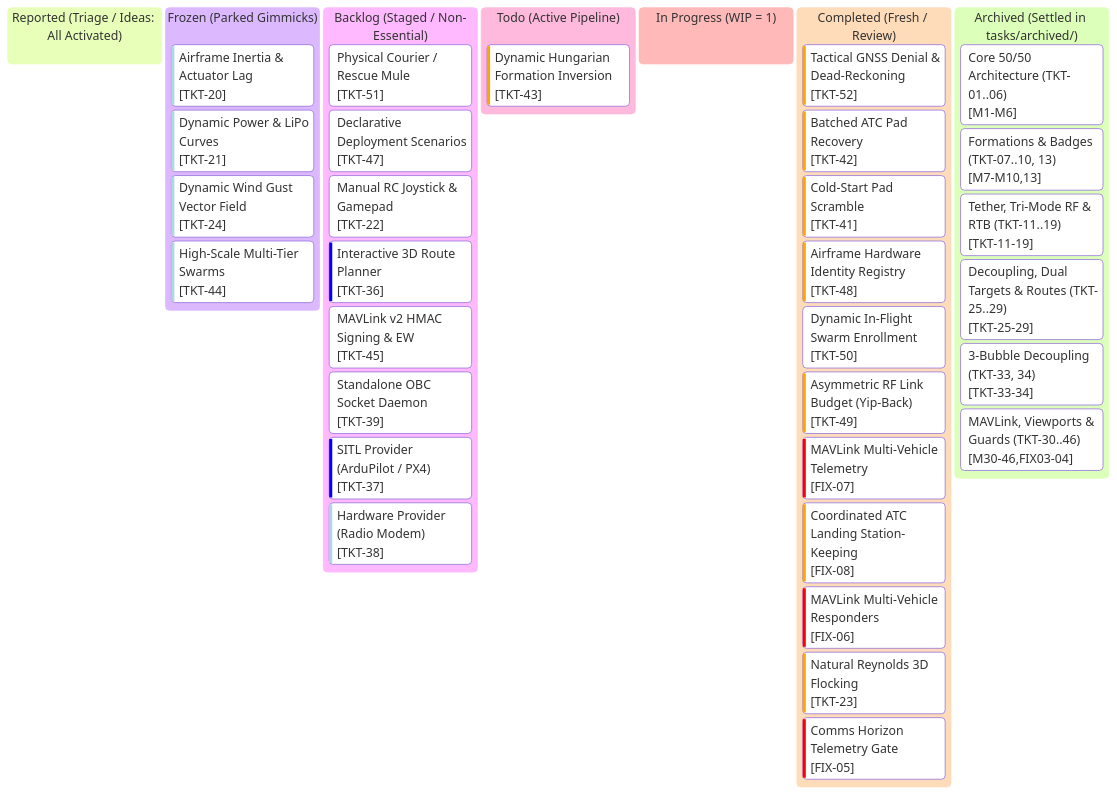
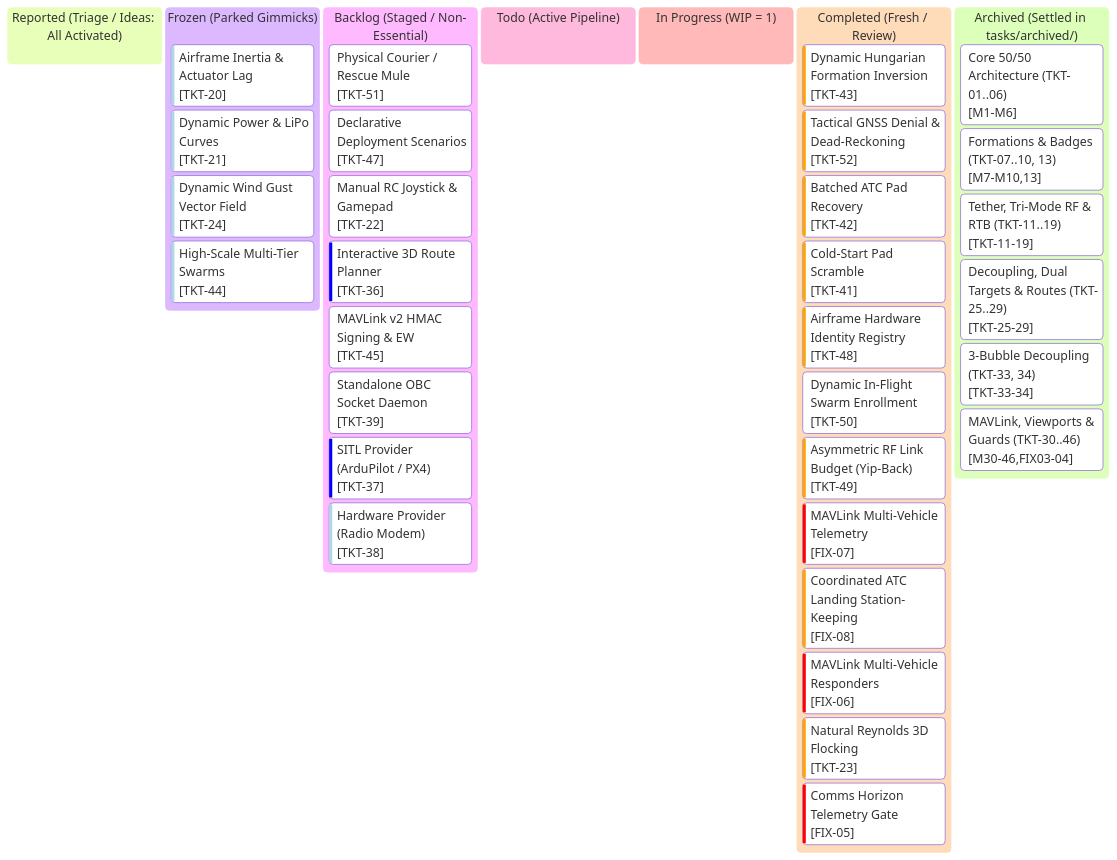
One commit to AlitheiaDeus/SwarmTech_v3-Uprising changed the diagram in kanban.md. Above: the diagram before and after it, drawn with Mermaid. The commit also changed other lines of this file and 5 other files, not shown here.

Commit message:
feat(brains): implement dynamic Hungarian formation inversion and U-turn slot flipping [TKT-43]

````diff
--- a/kanban.md
+++ b/kanban.md
@@ -10,60 +10,60 @@
 ```mermaid
 %%{init: {
   'theme': 'base',
   'themeVariables': {
     'primaryColor': '#0d2235',
     'primaryTextColor': '#d4f4ff',
     'primaryBorderColor': '#00f0ff',
     'lineColor': '#00f0ff',
     'background': '#061019',
     'mainBkg': '#0a1926',
     'secondaryColor': '#081420',
     'secondaryTextColor': '#5a7e96',
     'secondaryBorderColor': '#134e6f',
     'tertiaryColor': '#0e263d',
     'tertiaryTextColor': '#00ffaa',
     'tertiaryBorderColor': '#00ffaa',
     'clusterBkg': '#081420',
     'clusterBorder': '#134e6f',
     'fontFamily': "'JetBrains Mono', 'Courier New', monospace"
   }
 }}%%
 kanban
   reported["Reported (Triage / Ideas: All Activated)"]
   frozen["Frozen (Parked Gimmicks)"]
     tkt20["Airframe Inertia & Actuator Lag"]@{ ticket: '[TKT-20]', priority: 'Very Low' }
     tkt21["Dynamic Power & LiPo Curves"]@{ ticket: '[TKT-21]', priority: 'Very Low' }
     tkt24["Dynamic Wind Gust Vector Field"]@{ ticket: '[TKT-24]', priority: 'Very Low' }
     tkt44["High-Scale Multi-Tier Swarms"]@{ ticket: '[TKT-44]', priority: 'Very Low' }
   backlog["Backlog (Staged / Non-Essential)"]
     tkt51["Physical Courier / Rescue Mule"]@{ ticket: '[TKT-51]', priority: 'Medium' }
     tkt47["Declarative Deployment Scenarios"]@{ ticket: '[TKT-47]', priority: 'Medium' }
     tkt22["Manual RC Joystick & Gamepad"]@{ ticket: '[TKT-22]', priority: 'Medium' }
     tkt36["Interactive 3D Route Planner"]@{ ticket: '[TKT-36]', priority: 'Low' }
     tkt45["MAVLink v2 HMAC Signing & EW"]@{ ticket: '[TKT-45]', priority: 'Medium' }
     tkt39["Standalone OBC Socket Daemon"]@{ ticket: '[TKT-39]', priority: 'Medium' }
     tkt37["SITL Provider (ArduPilot / PX4)"]@{ ticket: '[TKT-37]', priority: 'Low' }
     tkt38["Hardware Provider (Radio Modem)"]@{ ticket: '[TKT-38]', priority: 'Very Low' }
   todo["Todo (Active Pipeline)"]
-    tkt43["Dynamic Hungarian Formation Inversion"]@{ ticket: '[TKT-43]', priority: 'High' }
   in_progress["In Progress (WIP = 1)"]
   completed["Completed (Fresh / Review)"]
+    tkt43["Dynamic Hungarian Formation Inversion"]@{ ticket: '[TKT-43]', priority: 'High' }
     tkt52["Tactical GNSS Denial & Dead-Reckoning"]@{ ticket: '[TKT-52]', priority: 'High' }
     tkt42["Batched ATC Pad Recovery"]@{ ticket: '[TKT-42]', priority: 'High' }
     tkt41["Cold-Start Pad Scramble"]@{ ticket: '[TKT-41]', priority: 'High' }
     tkt48["Airframe Hardware Identity Registry"]@{ ticket: '[TKT-48]', priority: 'High' }
     tkt50["Dynamic In-Flight Swarm Enrollment"]@{ ticket: '[TKT-50]', priority: 'Medium' }
     tkt49["Asymmetric RF Link Budget (Yip-Back)"]@{ ticket: '[TKT-49]', priority: 'High' }
     fix07["MAVLink Multi-Vehicle Telemetry"]@{ ticket: '[FIX-07]', priority: 'Very High' }
     fix08["Coordinated ATC Landing Station-Keeping"]@{ ticket: '[FIX-08]', priority: 'High' }
     fix06["MAVLink Multi-Vehicle Responders"]@{ ticket: '[FIX-06]', priority: 'Very High' }
     tkt23["Natural Reynolds 3D Flocking"]@{ ticket: '[TKT-23]', priority: 'High' }
     fix05["Comms Horizon Telemetry Gate"]@{ ticket: '[FIX-05]', priority: 'Very High' }
   archived["Archived (Settled in tasks/archived/)"]
     arch_m1_6["Core 50/50 Architecture (TKT-01..06)"]@{ ticket: '[M1-M6]' }
     arch_m7_10_13["Formations & Badges (TKT-07..10, 13)"]@{ ticket: '[M7-M10,13]' }
     arch_m11_19["Tether, Tri-Mode RF & RTB (TKT-11..19)"]@{ ticket: '[TKT-11-19]' }
     arch_m25_29["Decoupling, Dual Targets & Routes (TKT-25..29)"]@{ ticket: '[TKT-25-29]' }
     arch_m33_34["3-Bubble Decoupling (TKT-33, 34)"]@{ ticket: '[TKT-33-34]' }
     arch_m30_46["MAVLink, Viewports & Guards (TKT-30..46)"]@{ ticket: '[M30-46,FIX03-04]' }
 ```
````
